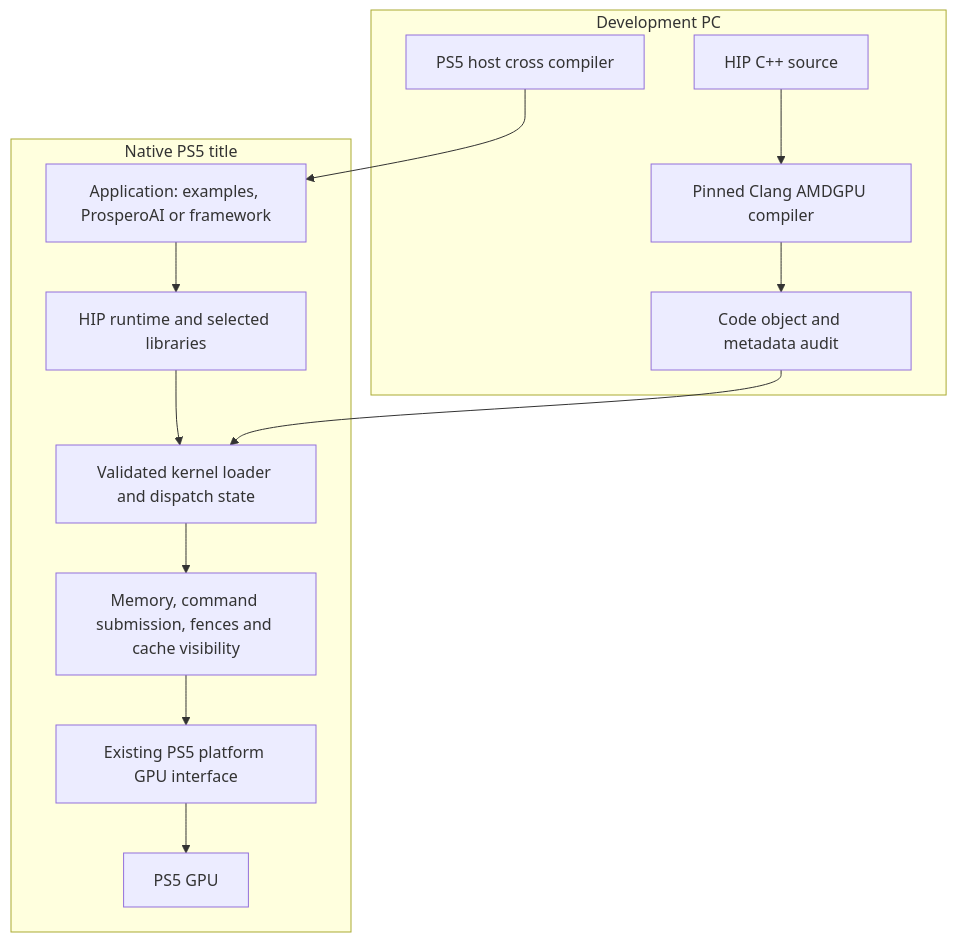
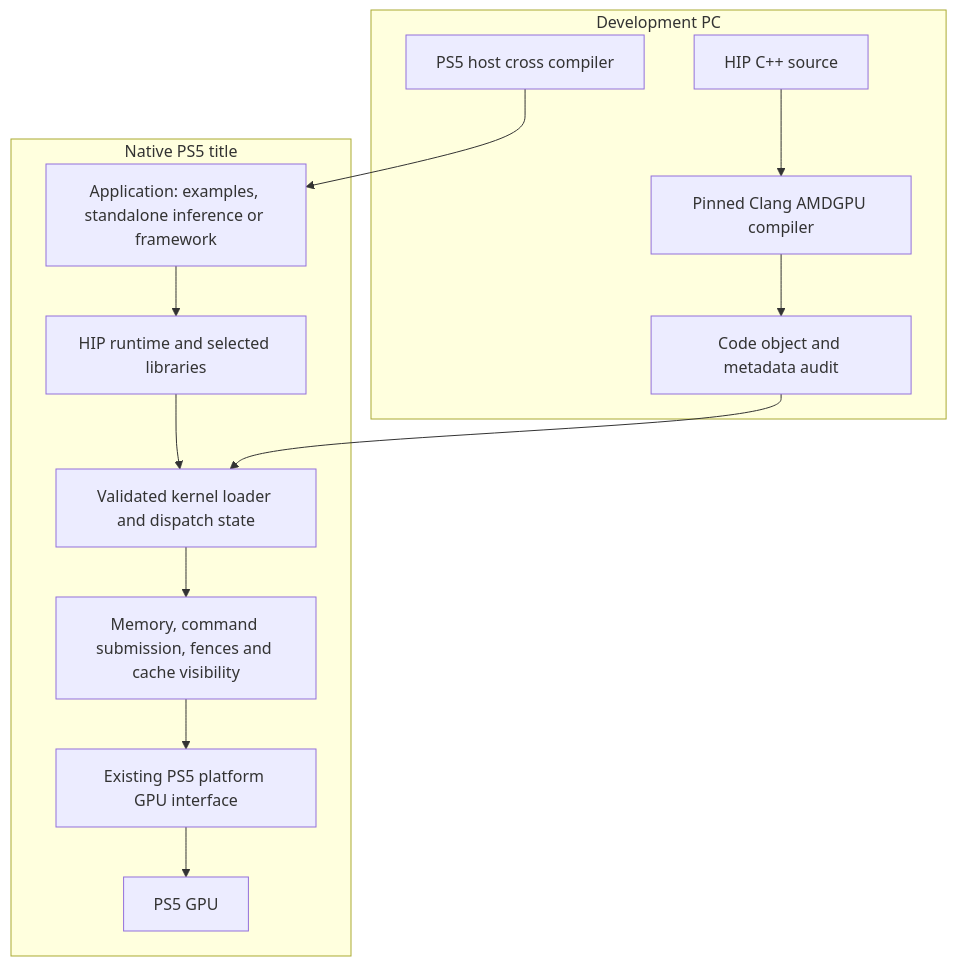
One commit to quatrixone/ps5-hip changed the diagram in docs/IMPLEMENTATION_PLAN.md. Above: the diagram before and after it, drawn with Mermaid. The commit also changed other lines of this file and 7 other files, not shown here.

Commit message:
Remove ProsperoAI integration from SDK roadmap

````diff
--- a/docs/IMPLEMENTATION_PLAN.md
+++ b/docs/IMPLEMENTATION_PLAN.md
@@ -231,18 +232,18 @@
 ```mermaid
 flowchart TD
     subgraph Host[Development PC]
         A[HIP C++ source] --> B[Pinned Clang AMDGPU compiler]
         B --> C[Code object and metadata audit]
         D[PS5 host cross compiler]
     end
     subgraph Console[Native PS5 title]
-        E[Application: examples, ProsperoAI or framework]
+        E[Application: examples, standalone inference or framework]
         E --> F[HIP runtime and selected libraries]
         F --> G[Validated kernel loader and dispatch state]
         G --> H[Memory, command submission, fences and cache visibility]
         H --> I[Existing PS5 platform GPU interface]
         I --> J[PS5 GPU]
     end
     C --> G
     D --> E
 ```
````
